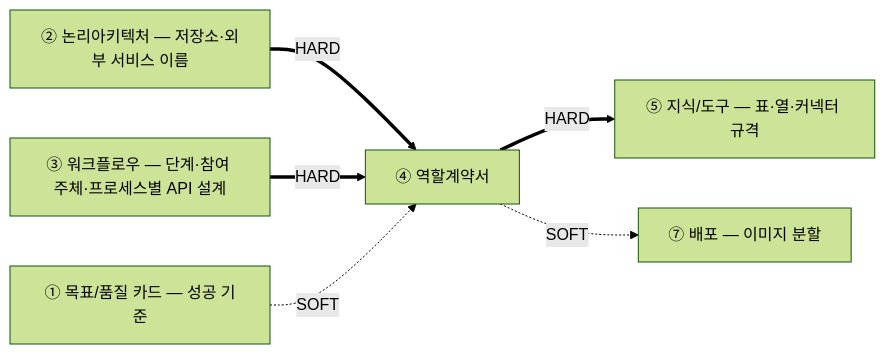
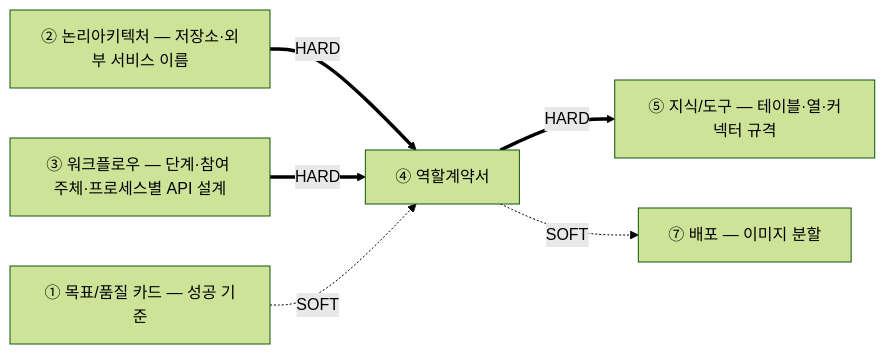
Before and after one commit to unicorn-campus/unicorn-skills: the first of 2 diagrams in design-architecture/guides/04-역할계약서-가이드.md, drawn with Mermaid (forest theme). The commit also changed other lines of this file and 29 other files, not shown here.

````diff
--- a/design-architecture/guides/04-역할계약서-가이드.md
+++ b/design-architecture/guides/04-역할계약서-가이드.md
@@ -21,8 +21,8 @@
 ```mermaid
 graph LR
   B["② 논리아키텍처 — 저장소·외부 서비스 이름"] ==>|HARD| C
   D["③ 워크플로우 — 단계·참여 주체·프로세스별 API 설계"] ==>|HARD| C
   A["① 목표/품질 카드 — 성공 기준"] -.SOFT.-> C
-  C["④ 역할계약서"] ==>|HARD| E["⑤ 지식/도구 — 표·열·커넥터 규격"]
+  C["④ 역할계약서"] ==>|HARD| E["⑤ 지식/도구 — 테이블·열·커넥터 규격"]
   C -.SOFT.-> G["⑦ 배포 — 이미지 분할"]
 ```
````
